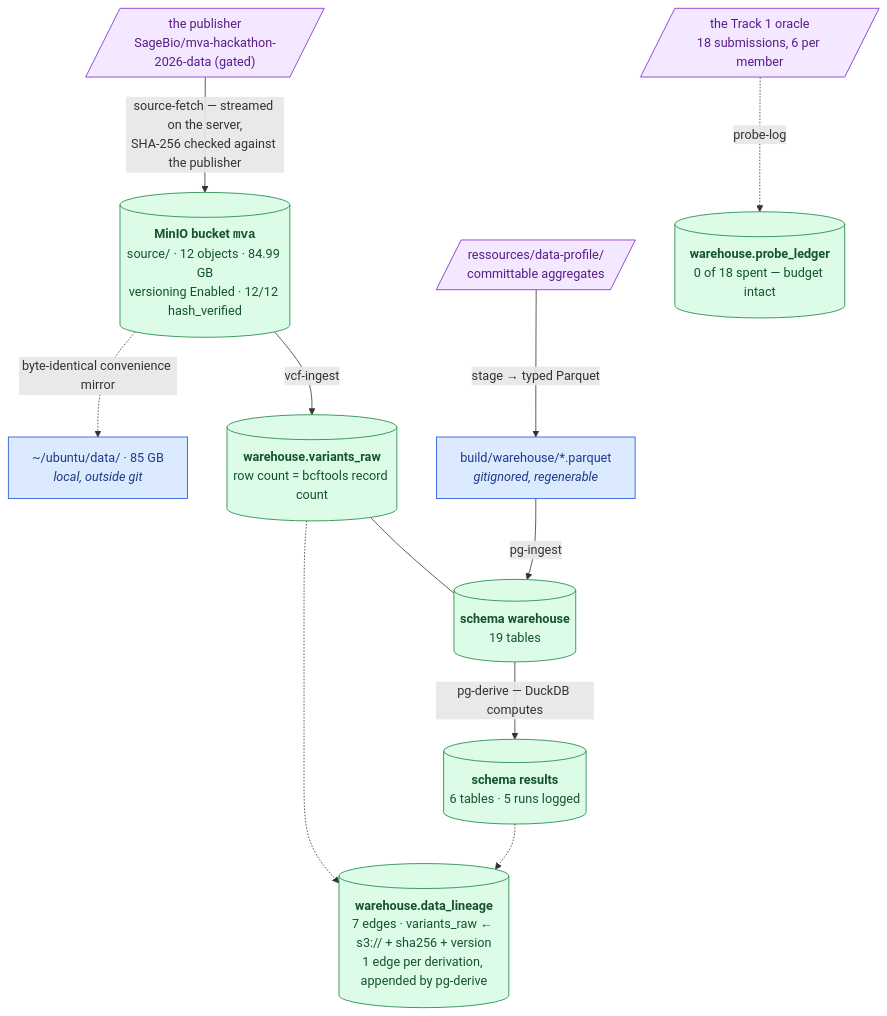
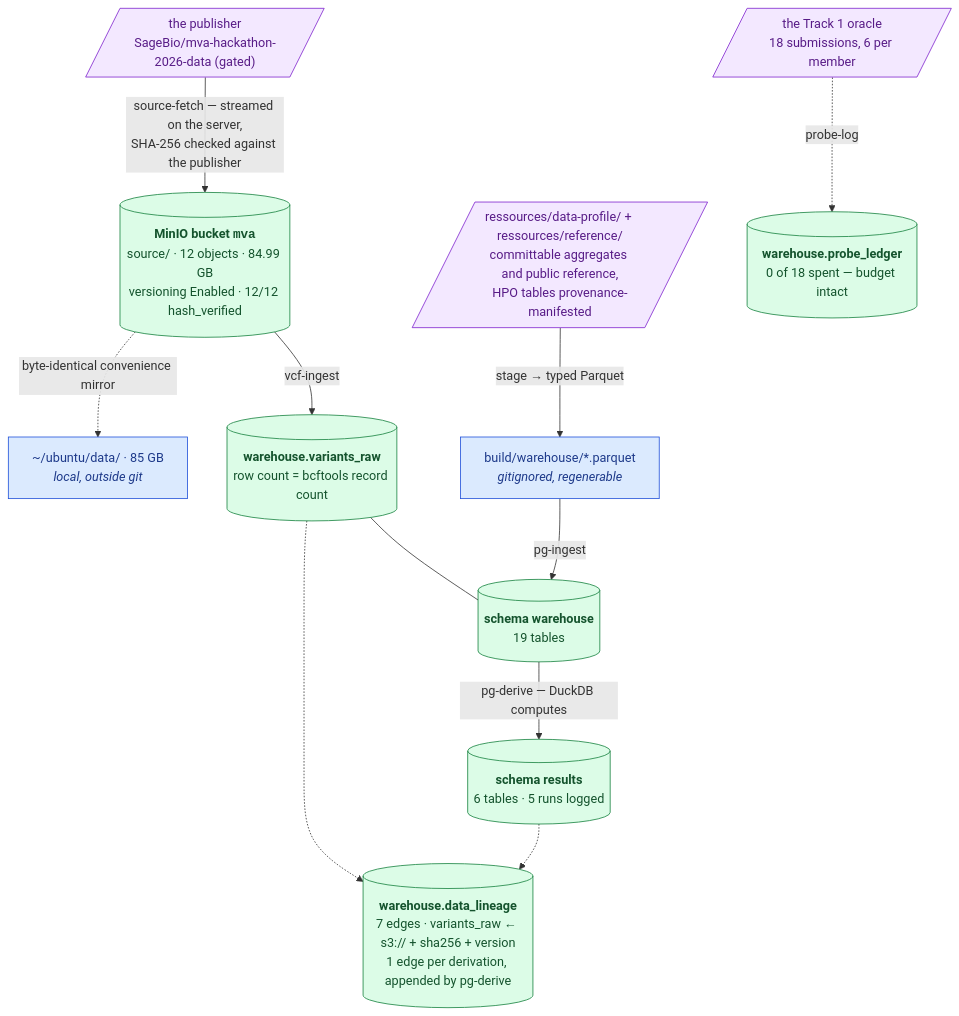
The diagram in docs/current-state.md (agharsallah/mva-hackathon), drawn with Mermaid before and after one commit. The commit also changed other lines of this file and 7 other files, not shown here.

````diff
--- a/docs/current-state.md
+++ b/docs/current-state.md
@@ -17,19 +17,19 @@
 ```mermaid
 flowchart TB
   PUB[/"the publisher<br/>SageBio/mva-hackathon-2026-data (gated)"/]:::raw
   PUB -->|"source-fetch — streamed on the server,<br/>SHA-256 checked against the publisher"| S3[("<b>MinIO bucket <code>mva</code></b><br/>source/ · 12 objects · 84.99 GB<br/>versioning Enabled · 12/12 hash_verified")]:::good
   S3 -->|"vcf-ingest"| RAW[("<b>warehouse.variants_raw</b><br/>row count = bcftools record count")]:::good
-  PROF[/"ressources/data-profile/<br/>committable aggregates"/]:::raw
+  PROF[/"ressources/data-profile/ + ressources/reference/<br/>committable aggregates and public reference,<br/>HPO tables provenance-manifested"/]:::raw
   PROF -->|"stage → typed Parquet"| BUILD["build/warehouse/*.parquet<br/><i>gitignored, regenerable</i>"]:::neutral
   BUILD -->|"pg-ingest"| WH[("<b>schema warehouse</b><br/>19 tables")]:::good
   RAW --- WH
   WH -->|"pg-derive — DuckDB computes"| RES[("<b>schema results</b><br/>6 tables · 5 runs logged")]:::good
   S3 -.->|"byte-identical convenience mirror"| MIR["~/ubuntu/data/ · 85 GB<br/><i>local, outside git</i>"]:::neutral
   RAW -.-> LIN[("<b>warehouse.data_lineage</b><br/>7 edges · variants_raw ← s3:// + sha256 + version<br/>1 edge per derivation, appended by pg-derive")]:::good
   RES -.-> LIN
   ORACLE[/"the Track 1 oracle<br/>18 submissions, 6 per member"/]:::raw
   ORACLE -.->|"probe-log"| PROBE[("<b>warehouse.probe_ledger</b><br/>0 of 18 spent — budget intact")]:::good
   classDef raw fill:#f3e8ff,stroke:#7e22ce,color:#581c87
   classDef good fill:#dcfce7,stroke:#15803d,color:#14532d
   classDef neutral fill:#dbeafe,stroke:#1d4ed8,color:#1e3a8a
 ```
````
